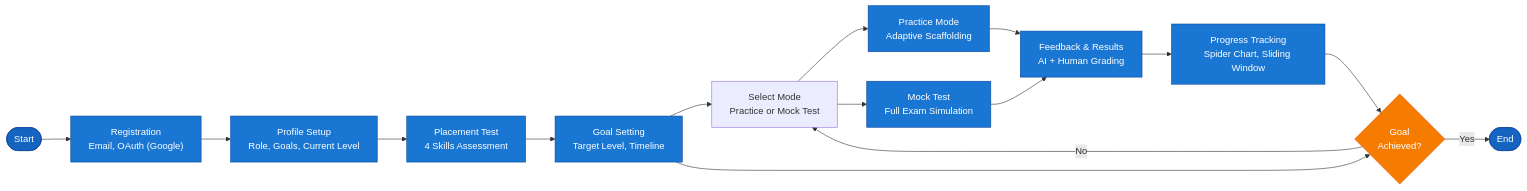
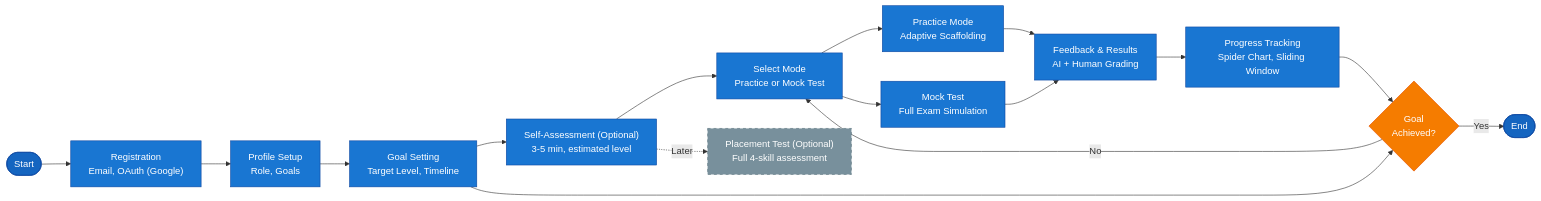
One commit to nghyane/VSTEP changed the second of 8 diagrams in docs/capstone/diagrams/flow-diagrams.md. Above: the diagram before and after it, drawn with Mermaid. The commit also changed other lines of this file and 6 other files, not shown here.

````diff
--- a/docs/capstone/diagrams/flow-diagrams.md
+++ b/docs/capstone/diagrams/flow-diagrams.md
@@ -82,40 +146,43 @@
 ```mermaid
 flowchart LR
     Start(["Start"])
     Reg["Registration<br/>Email, OAuth (Google)"]
-    Profile["Profile Setup<br/>Role, Goals, Current Level"]
-    Placement["Placement Test<br/>4 Skills Assessment"]
+    Profile["Profile Setup<br/>Role, Goals"]
+    GoalSet["Goal Setting<br/>Target Level, Timeline"]
+    SelfAssess["Self-Assessment (Optional)<br/>3-5 min, estimated level"]
     Select["Select Mode<br/>Practice or Mock Test"]
     Practice["Practice Mode<br/>Adaptive Scaffolding"]
     Mock["Mock Test<br/>Full Exam Simulation"]
     Feedback["Feedback & Results<br/>AI + Human Grading"]
     Progress["Progress Tracking<br/>Spider Chart, Sliding Window"]
     GoalCheck{"Goal<br/>Achieved?"}
-    GoalSet["Goal Setting<br/>Target Level, Timeline"]
+    Placement["Placement Test (Optional)<br/>Full 4-skill assessment"]
     End(["End"])
 
     Start --> Reg
     Reg --> Profile
-    Profile --> Placement
-    Placement --> GoalSet
-    GoalSet --> Select
+    Profile --> GoalSet
+    GoalSet --> SelfAssess
+    SelfAssess --> Select
     Select --> Practice
     Select --> Mock
     Practice --> Feedback
     Mock --> Feedback
     Feedback --> Progress
     Progress --> GoalCheck
     GoalSet --> GoalCheck
     GoalCheck -->|No| Select
     GoalCheck -->|Yes| End
+    SelfAssess -.->|Later| Placement
 
     classDef start fill:#1565c0,stroke:#0d47a1,color:#fff
     classDef process fill:#1976d2,stroke:#0d47a1,color:#fff
     classDef decision fill:#f57c00,stroke:#e65100,color:#fff
     classDef outcome fill:#7b1fa2,stroke:#4a148c,color:#fff
+    classDef optional fill:#78909c,stroke:#546e7a,color:#fff,stroke-dasharray: 5 5
 
     class Start,End start
-    class Reg,Profile,Placement,Practice,Mock,Feedback,Progress,GoalSet process
+    class Reg,Profile,GoalSet,SelfAssess,Practice,Mock,Feedback,Progress,Select process
     class GoalCheck decision
-    class GoalAchieved outcome
+    class Placement optional
 ```
````
